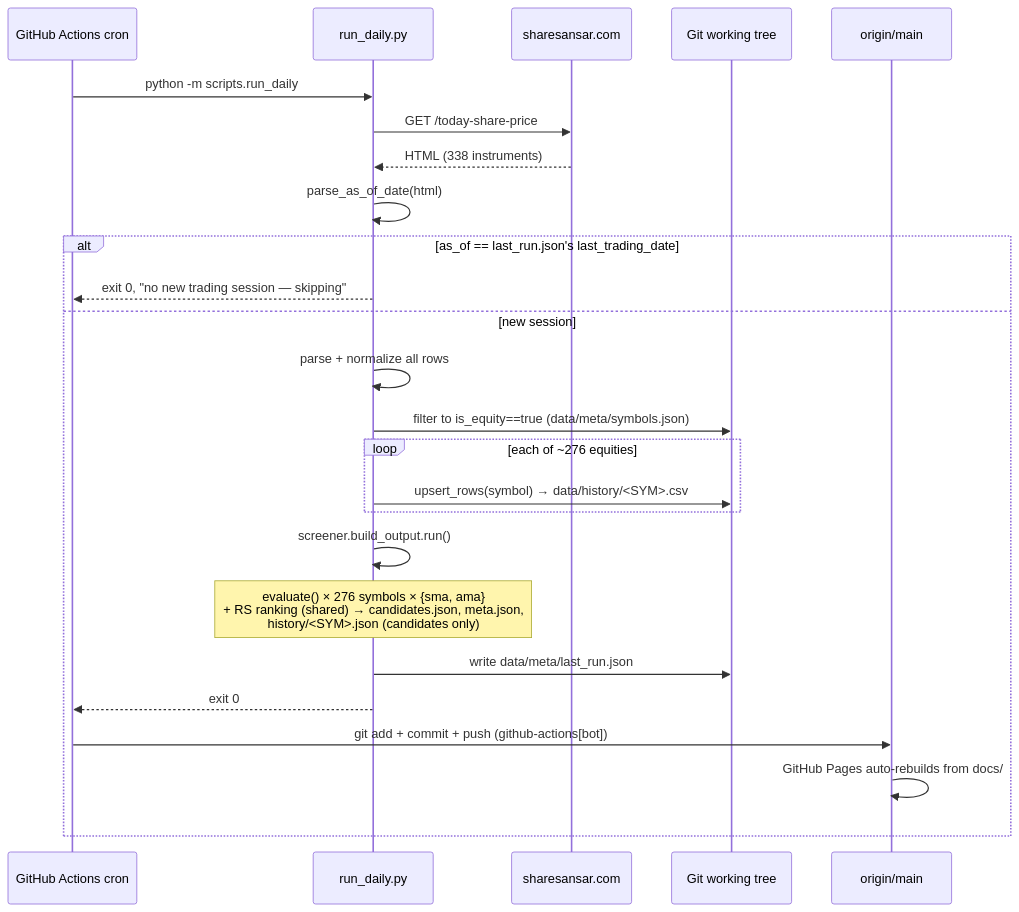
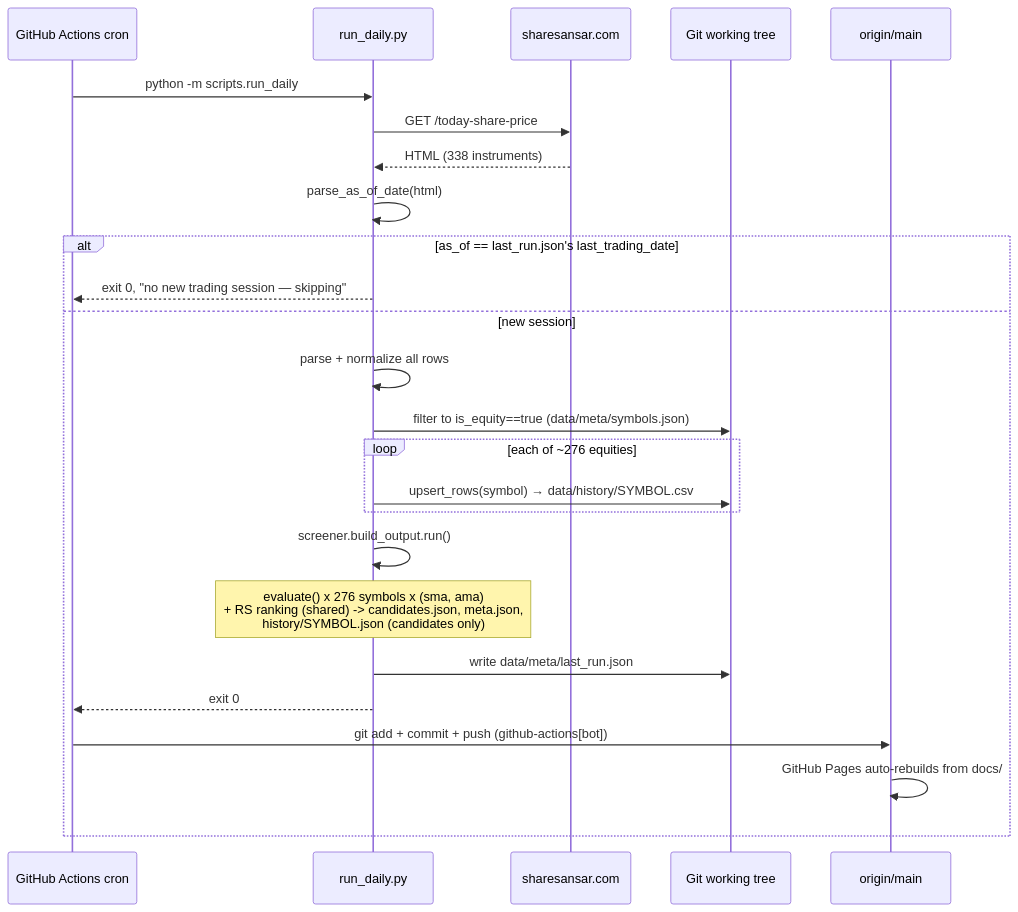
Before and after one commit to Sujangyawali/nepse-stage2-screener: the second of 2 diagrams in TECHNICAL_DESIGN.md, drawn with Mermaid. The commit also changed other lines of this file, not shown here.

Commit message:
Fix mermaid syntax issues in TECHNICAL_DESIGN.md diagrams

````diff
--- a/TECHNICAL_DESIGN.md
+++ b/TECHNICAL_DESIGN.md
@@ -108,28 +111,28 @@
 ```mermaid
 sequenceDiagram
     participant Cron as GitHub Actions cron
     participant Runner as run_daily.py
     participant SS as sharesansar.com
     participant FS as Git working tree
     participant Git as origin/main
 
     Cron->>Runner: python -m scripts.run_daily
     Runner->>SS: GET /today-share-price
     SS-->>Runner: HTML (338 instruments)
     Runner->>Runner: parse_as_of_date(html)
     alt as_of == last_run.json's last_trading_date
         Runner-->>Cron: exit 0, "no new trading session — skipping"
     else new session
         Runner->>Runner: parse + normalize all rows
         Runner->>FS: filter to is_equity==true (data/meta/symbols.json)
         loop each of ~276 equities
-            Runner->>FS: upsert_rows(symbol) → data/history/<SYM>.csv
+            Runner->>FS: upsert_rows(symbol) → data/history/SYMBOL.csv
         end
         Runner->>Runner: screener.build_output.run()
-        Note over Runner: evaluate() × 276 symbols × {sma, ama}<br/>+ RS ranking (shared) → candidates.json, meta.json,<br/>history/<SYM>.json (candidates only)
+        Note over Runner: evaluate() x 276 symbols x (sma, ama)<br/>+ RS ranking (shared) -> candidates.json, meta.json,<br/>history/SYMBOL.json (candidates only)
         Runner->>FS: write data/meta/last_run.json
         Runner-->>Cron: exit 0
         Cron->>Git: git add + commit + push (github-actions[bot])
         Git->>Git: GitHub Pages auto-rebuilds from docs/
     end
 ```
````
